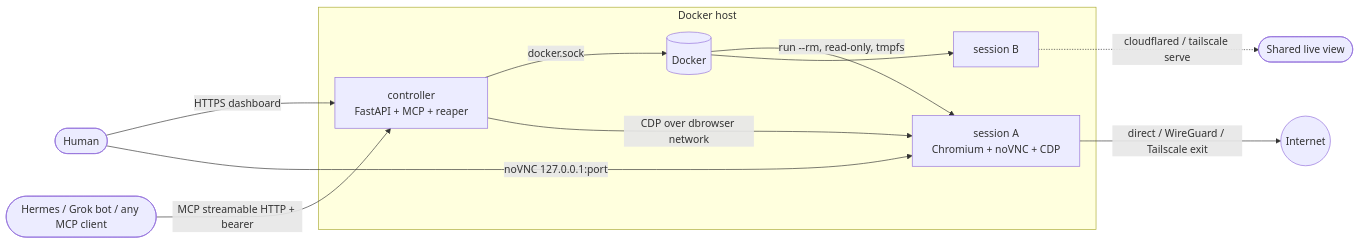
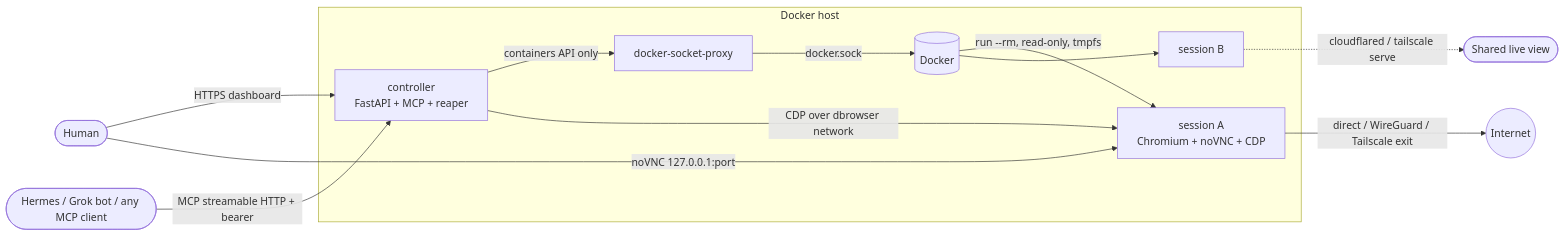
One commit to kyroskoh/disposable-browser changed the first of 2 diagrams in README.md. Above: the diagram before and after it, drawn with Mermaid. The commit also changed other lines of this file and 27 other files, not shown here.

````diff
--- a/README.md
+++ b/README.md
@@ -44,14 +47,15 @@
 ```mermaid
 flowchart LR
   user([Human]) -->|HTTPS dashboard| ctl
   agent([Hermes / Grok bot / any MCP client]) -->|MCP streamable HTTP + bearer| ctl
   subgraph host[Docker host]
-    ctl[controller\nFastAPI + MCP + reaper] -->|docker.sock| dockerd[(Docker)]
+    ctl[controller\nFastAPI + MCP + reaper] -->|containers API only| proxy[docker-socket-proxy]
+    proxy -->|docker.sock| dockerd[(Docker)]
     dockerd -->|run --rm, read-only, tmpfs| s1[session A\nChromium + noVNC + CDP]
     dockerd --> s2[session B]
     ctl -->|CDP over dbrowser network| s1
   end
   user -->|noVNC 127.0.0.1:port| s1
   s1 -->|direct / WireGuard / Tailscale exit| internet((Internet))
   s2 -.->|cloudflared / tailscale serve| share([Shared live view])
 ```
````
